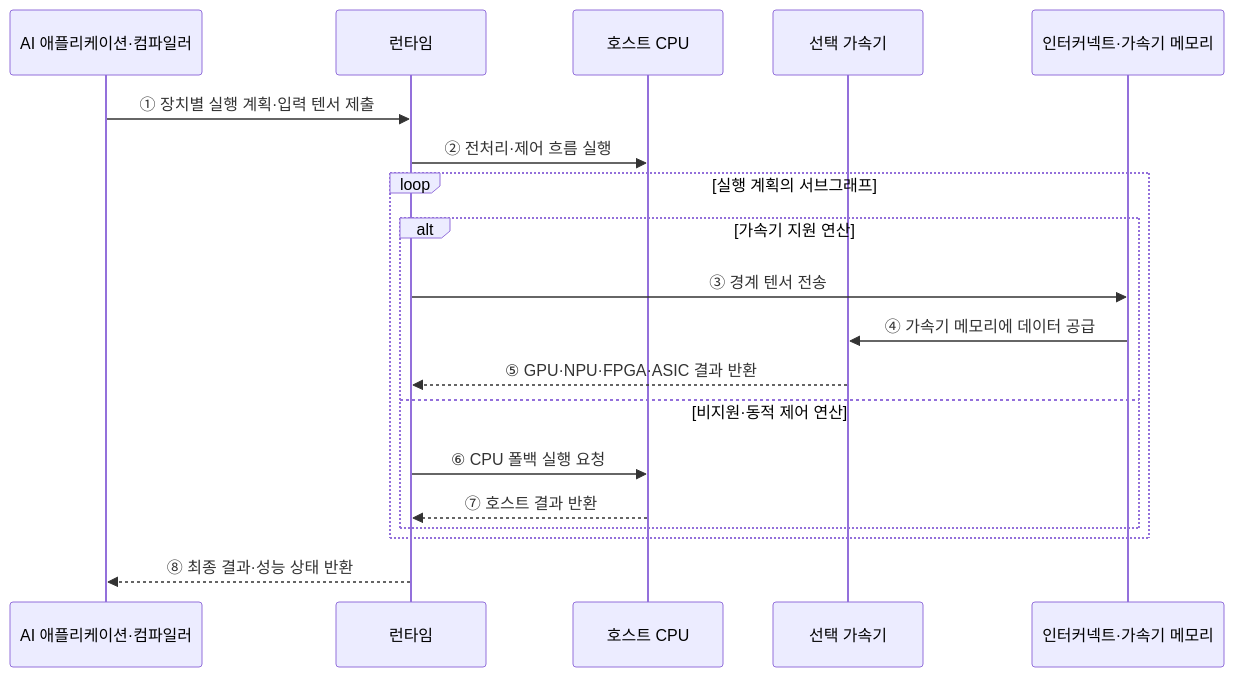
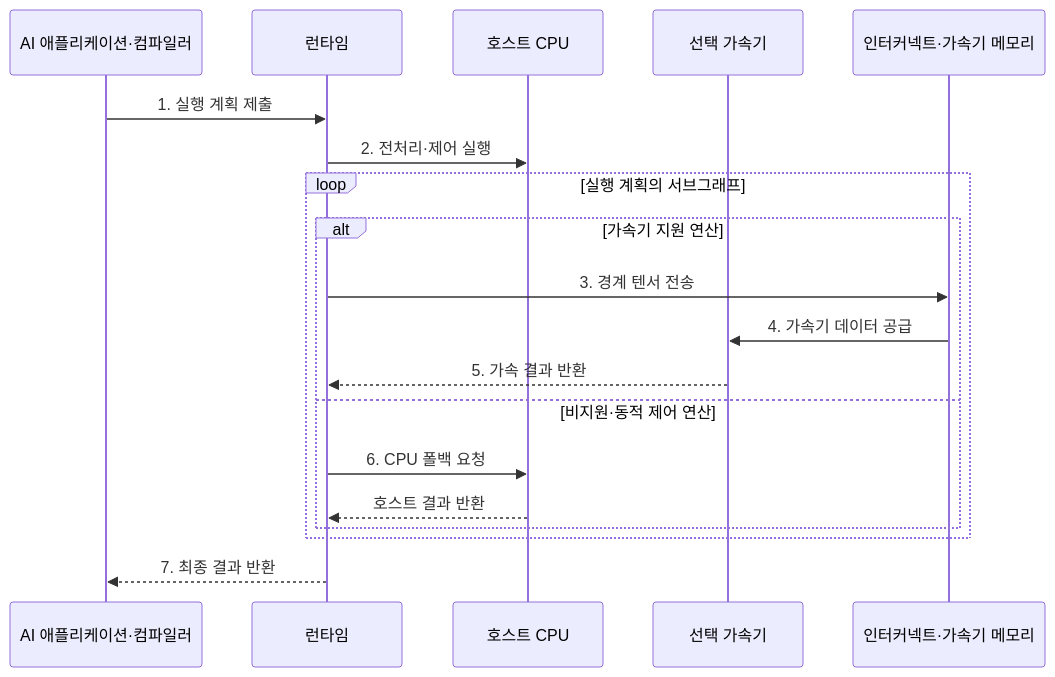
Before and after one commit to agnusdei1207/knowledge-base: the second of 2 diagrams in src/content/docs/notes/02-hardware/046_ai_accelerator_comparison.md, drawn with Mermaid. The commit also changed other lines of this file and 20 other files, not shown here.

````diff
--- a/src/content/docs/notes/02-hardware/046_ai_accelerator_comparison.md
+++ b/src/content/docs/notes/02-hardware/046_ai_accelerator_comparison.md
@@ -77,22 +87,22 @@
 ```mermaid
 sequenceDiagram
     participant A as AI 애플리케이션·컴파일러
     participant R as 런타임
     participant H as 호스트 CPU
     participant X as 선택 가속기
     participant M as 인터커넥트·가속기 메모리
 
-    A->>R: ① 장치별 실행 계획·입력 텐서 제출
-    R->>H: ② 전처리·제어 흐름 실행
+    A->>R: 1. 실행 계획 제출
+    R->>H: 2. 전처리·제어 실행
     loop 실행 계획의 서브그래프
         alt 가속기 지원 연산
-            R->>M: ③ 경계 텐서 전송
-            M->>X: ④ 가속기 메모리에 데이터 공급
-            X-->>R: ⑤ GPU·NPU·FPGA·ASIC 결과 반환
+            R->>M: 3. 경계 텐서 전송
+            M->>X: 4. 가속기 데이터 공급
+            X-->>R: 5. 가속 결과 반환
         else 비지원·동적 제어 연산
-            R->>H: ⑥ CPU 폴백 실행 요청
-            H-->>R: ⑦ 호스트 결과 반환
+            R->>H: 6. CPU 폴백 요청
+            H-->>R: 호스트 결과 반환
         end
     end
-    R-->>A: ⑧ 최종 결과·성능 상태 반환
+    R-->>A: 7. 최종 결과 반환
 ```
````
